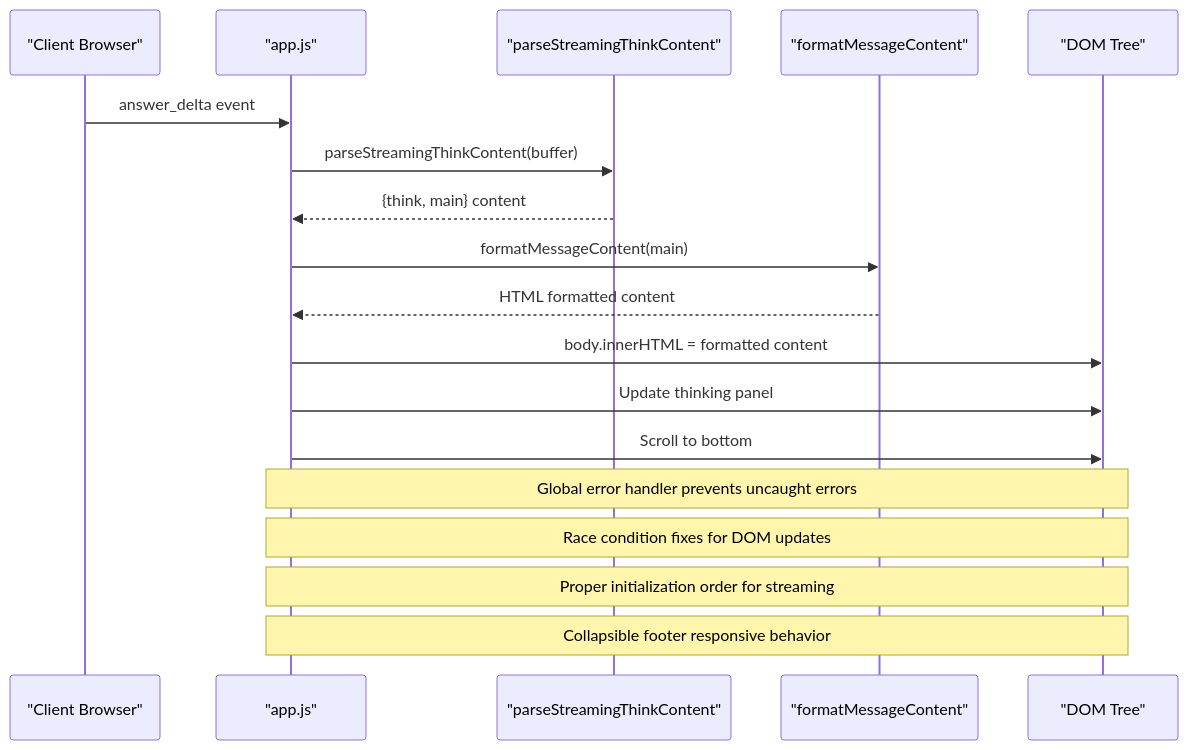
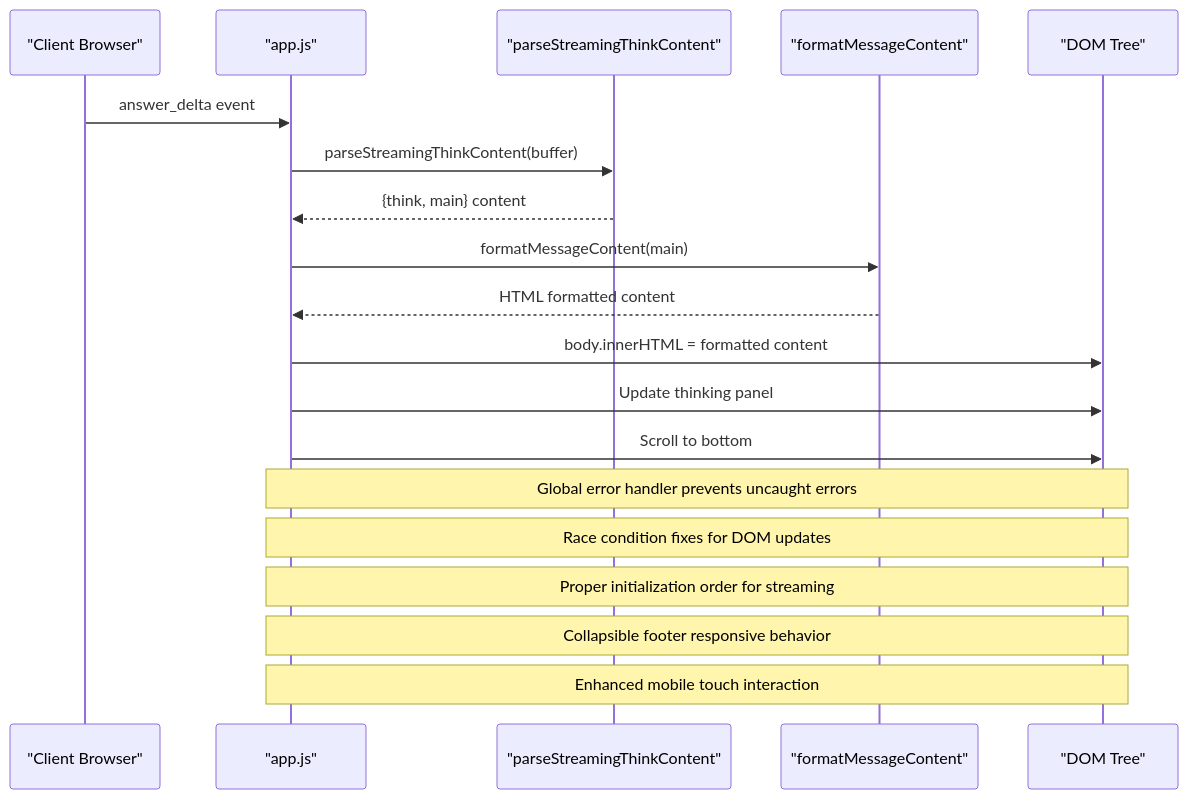
Before and after one commit to intellistream/sage-mate: the seventh of 10 diagrams in .qoder/repowiki/en/content/Core Components/Core Components.md, drawn with Mermaid. The commit also changed other lines of this file and 203 other files, not shown here.

````diff
--- a/.qoder/repowiki/en/content/Core Components/Core Components.md
+++ b/.qoder/repowiki/en/content/Core Components/Core Components.md
@@ -706,20 +722,21 @@
 ```mermaid
 sequenceDiagram
 participant Client as "Client Browser"
 participant App as "app.js"
 participant Parser as "parseStreamingThinkContent"
 participant Formatter as "formatMessageContent"
 participant DOM as "DOM Tree"
 Client->>App : answer_delta event
 App->>Parser : parseStreamingThinkContent(buffer)
 Parser-->>App : {think, main} content
 App->>Formatter : formatMessageContent(main)
 Formatter-->>App : HTML formatted content
 App->>DOM : body.innerHTML = formatted content
 App->>DOM : Update thinking panel
 App->>DOM : Scroll to bottom
 Note over App,DOM : Global error handler prevents uncaught errors
 Note over App,DOM : Race condition fixes for DOM updates
 Note over App,DOM : Proper initialization order for streaming
 Note over App,DOM : Collapsible footer responsive behavior
+Note over App,DOM : Enhanced mobile touch interaction
 ```
````
